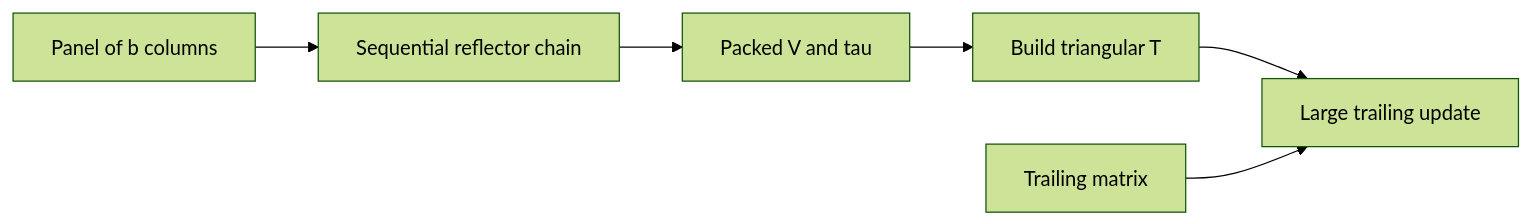
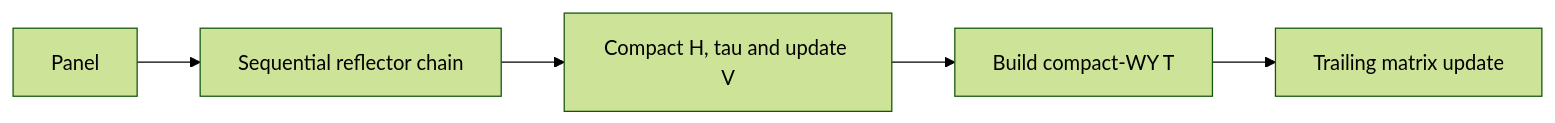
The first of 4 diagrams in ALGORITHM.md (fishmingyu/qrv2-gpu-mode), drawn with Mermaid (forest theme) before and after one commit. The commit also changed other lines of this file and 3 other files, not shown here.

````diff
--- a/ALGORITHM.md
+++ b/ALGORITHM.md
@@ -35,8 +32,7 @@
 ```mermaid
 flowchart LR
-    A[Panel of b columns] --> S[Sequential reflector chain]
-    S --> V[Packed V and tau]
-    V --> T[Build triangular T]
-    T --> U[Large trailing update]
-    R[Trailing matrix] --> U
+    A[Panel] --> F[Sequential reflector chain]
+    F --> V[Compact H, tau and update V]
+    V --> T[Build compact-WY T]
+    T --> U[Trailing matrix update]
 ```
````
